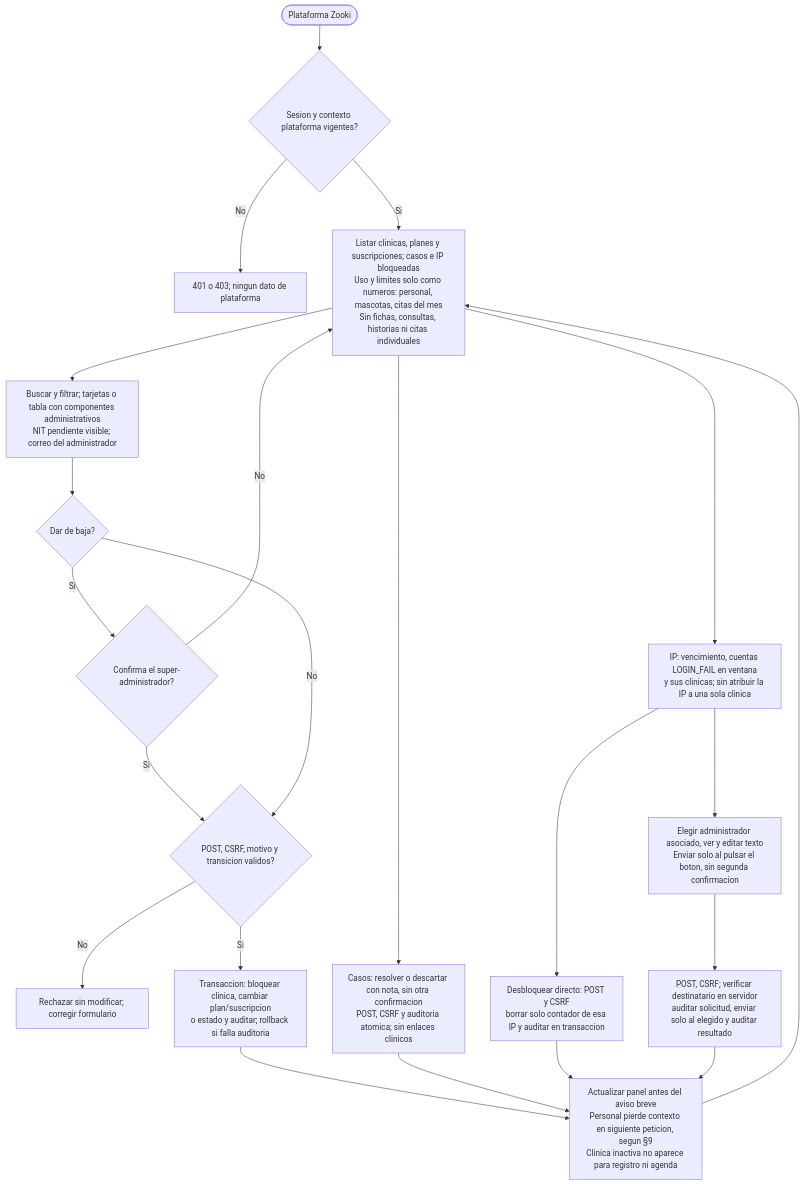
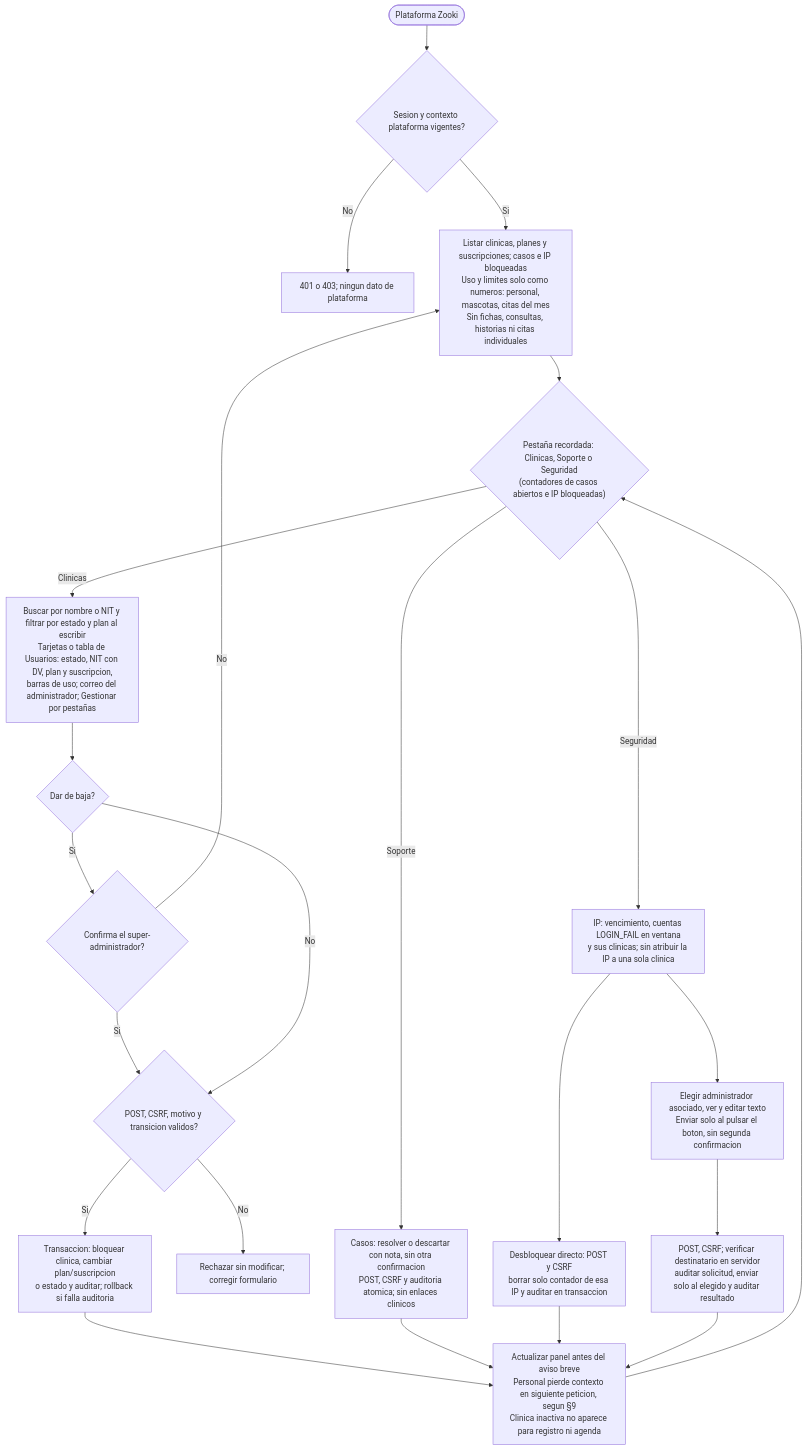
Before and after one commit to carvajal7lsch-commits/Zooki: diagram 15 of 24 in documentacion/Modelos.md, drawn with Mermaid. The commit also changed other lines of this file and 9 other files, not shown here.

Commit message:
docs(m0.2): diagramas 12.1 y 12.1.1, HU-0.3, historial 2.0.0-alpha.2 y anexo M0.2

````diff
--- a/documentacion/Modelos.md
+++ b/documentacion/Modelos.md
@@ -666,24 +668,27 @@
 ```mermaid
 flowchart TD
   A([Plataforma Zooki]) --> S{"Sesion y contexto plataforma vigentes?"}
   S -- No --> DEN["401 o 403; ningun dato de plataforma"]
   S -- Si --> L["Listar clinicas, planes y suscripciones; casos e IP bloqueadas<br/>Uso y limites solo como numeros: personal, mascotas, citas del mes<br/>Sin fichas, consultas, historias ni citas individuales"]
-  L --> F["Buscar y filtrar; tarjetas o tabla con componentes administrativos<br/>NIT pendiente visible; correo del administrador"]
+  L --> PES{"Pestaña recordada: Clinicas, Soporte o Seguridad<br/>(contadores de casos abiertos e IP bloqueadas)"}
+  PES -- Clinicas --> F["Buscar por nombre o NIT y filtrar por estado y plan al escribir<br/>Tarjetas o tabla de Usuarios: estado, NIT con DV, plan y suscripcion,<br/>barras de uso; correo del administrador; Gestionar por pestañas"]
+  PES -- Soporte --> CAS
+  PES -- Seguridad --> IP
   F --> CONF{"Dar de baja?"}
   CONF -- Si --> Q{"Confirma el super-administrador?"}
   Q -- No --> L
   Q -- Si --> M
   CONF -- No --> M{"POST, CSRF, motivo y transicion validos?"}
   M -- No --> ERR["Rechazar sin modificar; corregir formulario"]
   M -- Si --> TX["Transaccion: bloquear clinica, cambiar plan/suscripcion<br/>o estado y auditar; rollback si falla auditoria"]
   TX --> R["Actualizar panel antes del aviso breve<br/>Personal pierde contexto en siguiente peticion, segun §9<br/>Clinica inactiva no aparece para registro ni agenda"]
-  L --> CAS["Casos: resolver o descartar con nota, sin otra confirmacion<br/>POST, CSRF y auditoria atomica; sin enlaces clinicos"]
-  L --> IP["IP: vencimiento, cuentas LOGIN_FAIL en ventana<br/>y sus clinicas; sin atribuir la IP a una sola clinica"]
+  CAS["Casos: resolver o descartar con nota, sin otra confirmacion<br/>POST, CSRF y auditoria atomica; sin enlaces clinicos"]
+  IP["IP: vencimiento, cuentas LOGIN_FAIL en ventana<br/>y sus clinicas; sin atribuir la IP a una sola clinica"]
   IP --> DES["Desbloquear directo: POST y CSRF<br/>borrar solo contador de esa IP y auditar en transaccion"]
   IP --> AV["Elegir administrador asociado, ver y editar texto<br/>Enviar solo al pulsar el boton, sin segunda confirmacion"]
   AV --> VAL["POST, CSRF; verificar destinatario en servidor<br/>auditar solicitud, enviar solo al elegido y auditar resultado"]
   CAS --> R
   DES --> R
   VAL --> R
-  R --> L
+  R --> PES
 ```
````
